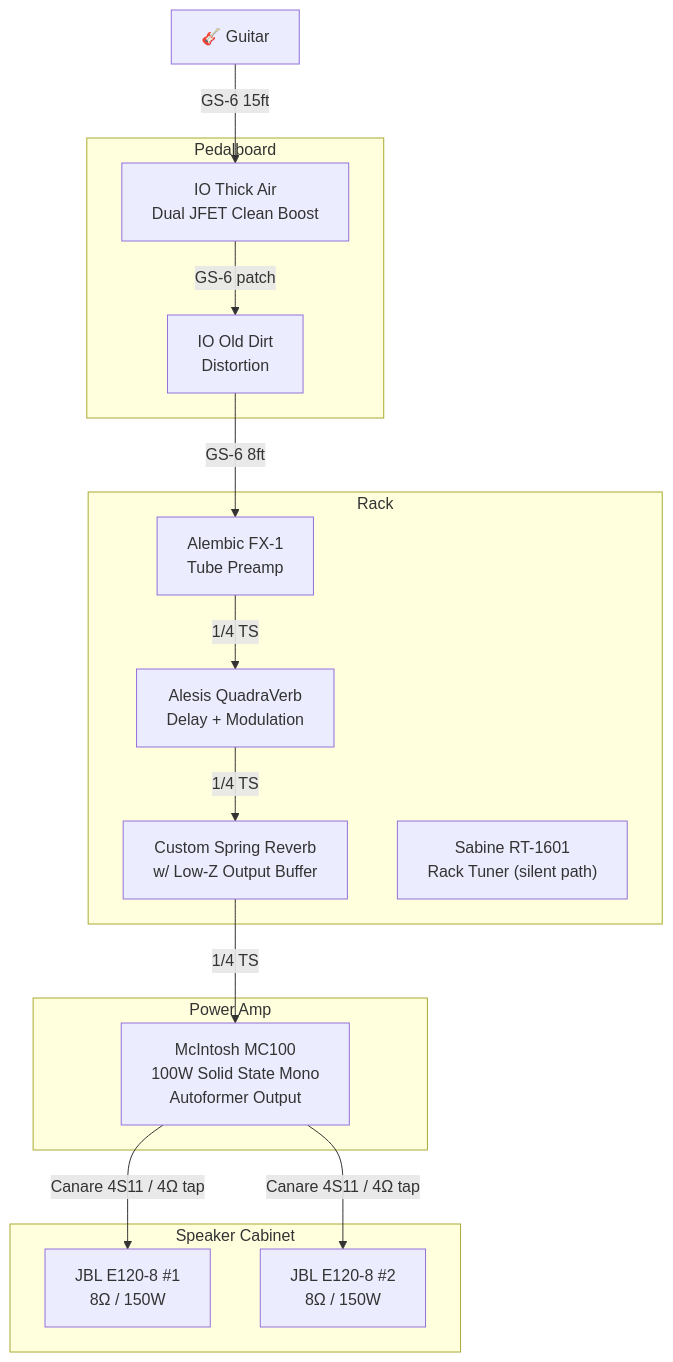
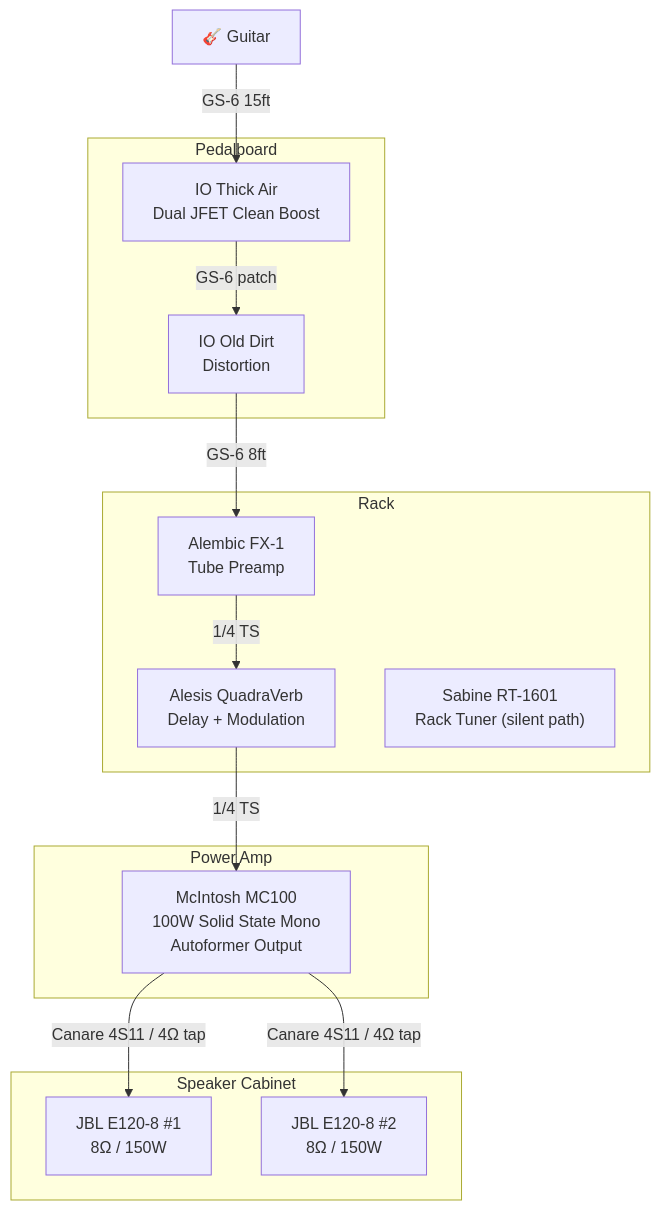
The first of 2 diagrams in chain.md (bingeboy/le-ton-juste), drawn with Mermaid before and after one commit.

Commit message:
Remove Ghost Spring from current state diagram — not built yet
Current state now accurately reflects the physical chain:
Guitar → Thick Air → Old Dirt → Alembic FX-1 → QuadraVerb → MC100
Ghost Spring appears only in the aspirational/future state diagram.

````diff
--- a/chain.md
+++ b/chain.md
@@ -5,34 +5,32 @@
 ```mermaid
 flowchart TD
   G["🎸 Guitar"]
 
   subgraph PEDALBOARD["Pedalboard"]
     TA["IO Thick Air<br/>Dual JFET Clean Boost"]
     DIRT["IO Old Dirt<br/>Distortion"]
   end
 
   subgraph RACK["Rack"]
     PRE["Alembic FX-1<br/>Tube Preamp"]
     QV["Alesis QuadraVerb<br/>Delay + Modulation"]
-    REV["Custom Spring Reverb<br/>w/ Low-Z Output Buffer"]
     TUNER["Sabine RT-1601<br/>Rack Tuner (silent path)"]
   end
 
   subgraph AMP["Power Amp"]
     MC["McIntosh MC100<br/>100W Solid State Mono<br/>Autoformer Output"]
   end
 
   subgraph CABINET["Speaker Cabinet"]
     SP1["JBL E120-8 #1<br/>8Ω / 150W"]
     SP2["JBL E120-8 #2<br/>8Ω / 150W"]
   end
 
   G -->|"GS-6 15ft"| TA
   TA -->|"GS-6 patch"| DIRT
   DIRT -->|"GS-6 8ft"| PRE
   PRE -->|"1/4 TS"| QV
-  QV -->|"1/4 TS"| REV
-  REV -->|"1/4 TS"| MC
+  QV -->|"1/4 TS"| MC
   MC -->|"Canare 4S11 / 4Ω tap"| SP1
   MC -->|"Canare 4S11 / 4Ω tap"| SP2
 ```
````
